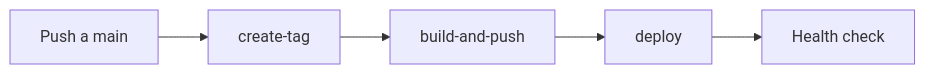
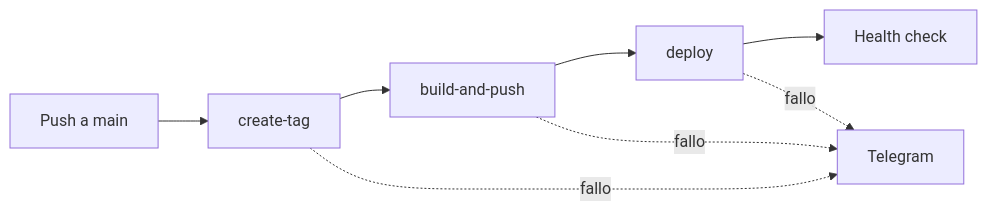
Before and after one commit to monghit-server/test-deploy: the fifth of 5 diagrams in README.md, drawn with Mermaid. The commit also changed other lines of this file, not shown here.

First line of the commit message:
docs: Add Telegram notifications documentation

````diff
--- a/README.md
+++ b/README.md
@@ -288,7 +291,10 @@
 ```mermaid
 graph LR
     A[Push a main] --> B[create-tag]
     B --> C[build-and-push]
     C --> D[deploy]
     D --> E[Health check]
+    B -.->|fallo| T[Telegram]
+    C -.->|fallo| T
+    D -.->|fallo| T
 ```
````
